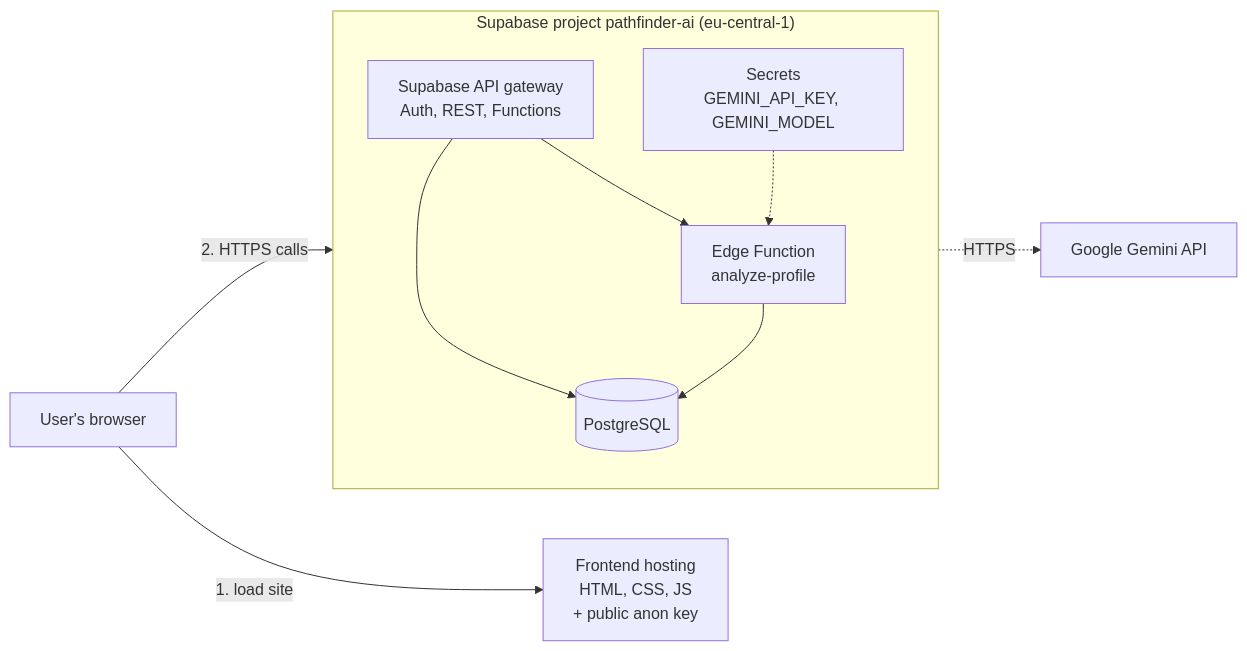
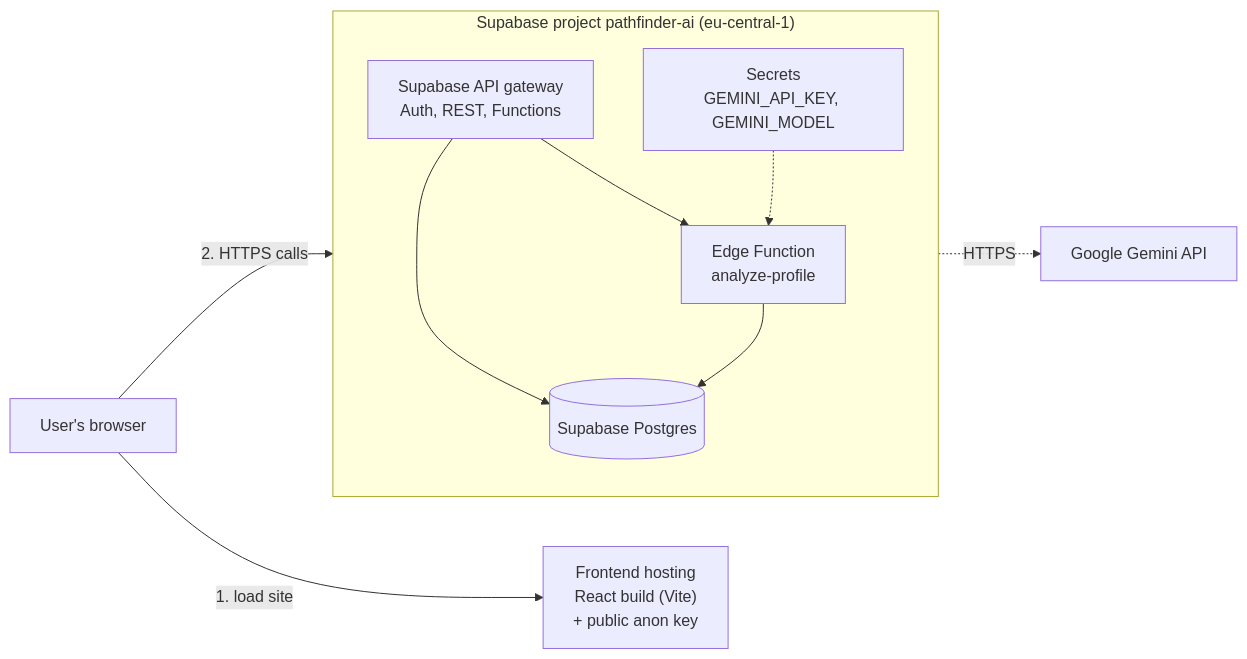
Before and after one commit to nooraldeny3-svg/pathfinder-backend: the seventh of 7 diagrams in docs/ARCHITECTURE.md, drawn with Mermaid. The commit also changed other lines of this file and 12 other files, not shown here.

Commit message:
docs: architecture v1.1 - React + Supabase + Gemini

````diff
--- a/docs/ARCHITECTURE.md
+++ b/docs/ARCHITECTURE.md
@@ -620,21 +620,21 @@
 ```mermaid
 flowchart LR
     browser["User's browser"]
-    site["Frontend hosting<br/>HTML, CSS, JS<br/>+ public anon key"]
+    site["Frontend hosting<br/>React build (Vite)<br/>+ public anon key"]
     subgraph Supa["Supabase project pathfinder-ai (eu-central-1)"]
         direction TB
         api["Supabase API gateway<br/>Auth, REST, Functions"]
         fn["Edge Function<br/>analyze-profile"]
         sec["Secrets<br/>GEMINI_API_KEY, GEMINI_MODEL"]
-        pg[("PostgreSQL")]
+        pg[("Supabase Postgres")]
         api --> fn
         api --> pg
         sec -.-> fn
         fn --> pg
     end
     google["Google Gemini API"]
 
     browser -- "1. load site" --> site
     browser -- "2. HTTPS calls" --> api
     fn -. "HTTPS" .-> google
 ```
````
